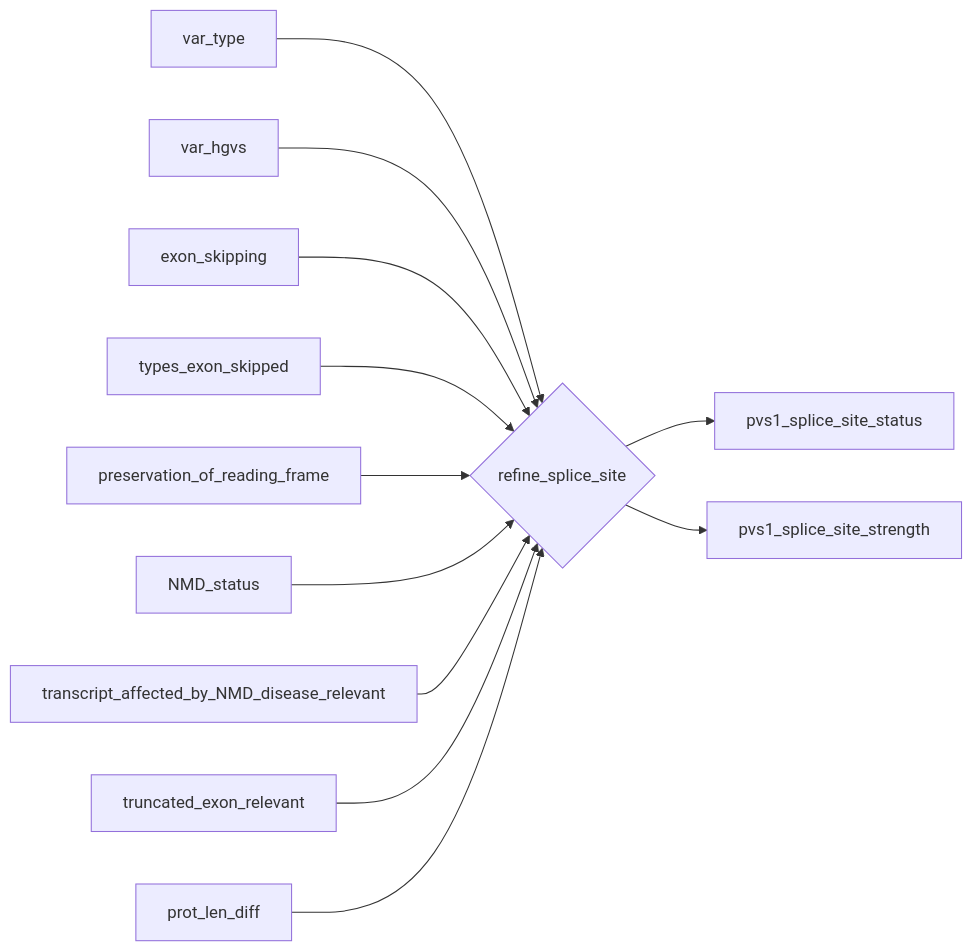
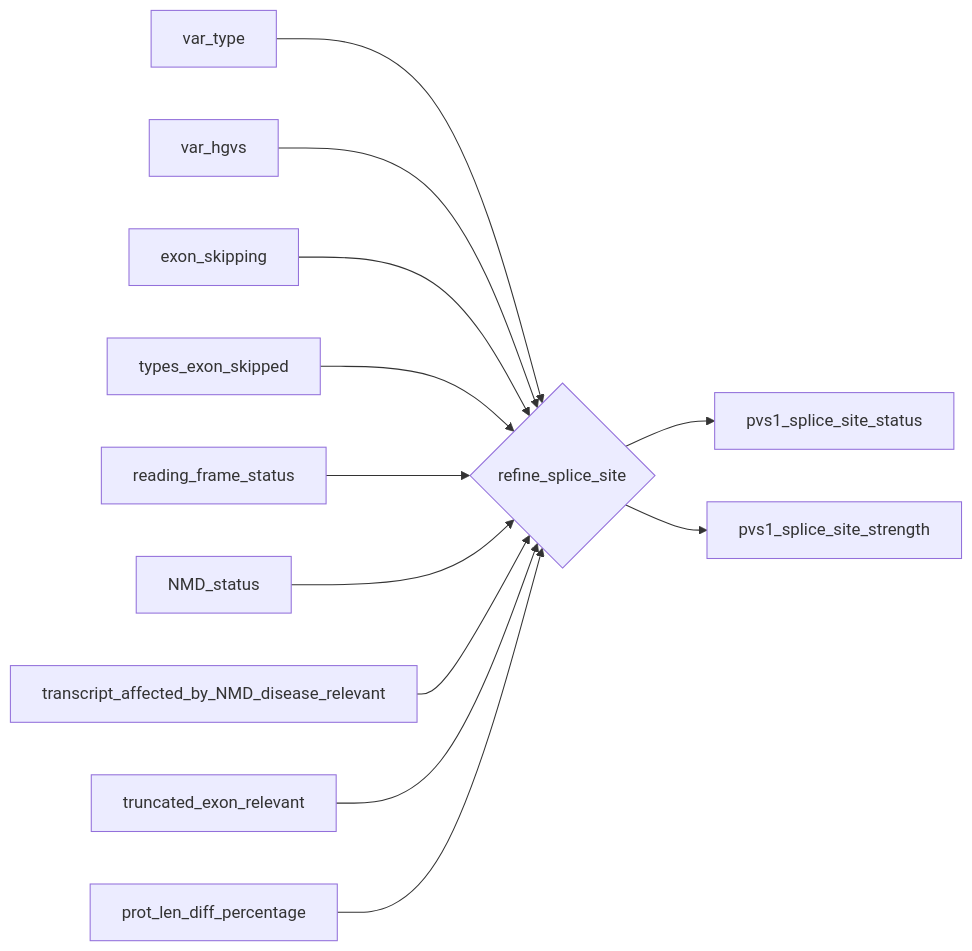
Diagram 15 of 25 in Software_design/Mermaid.org (akatzke/HerediClassify), drawn with Mermaid before and after one commit. The commit also changed other lines of this file and 28 other files, not shown here.

```diff
--- a/Software_design/Mermaid.org
+++ b/Software_design/Mermaid.org
@@ -258,14 +298,14 @@
-#+begin_src mermaid :file refine_splice_site.png
+#+begin_src mermaid :file pvs1_refine_splice_site.png
 flowchart LR
    rss --> pvs1_splice_site_status
    rss --> pvs1_splice_site_strength
    var_type --> rss{refine_splice_site}
    var_hgvs --> rss
    exon_skipping --> rss
    types_exon_skipped --> rss
-   preservation_of_reading_frame --> rss
+   reading_frame_status --> rss
    NMD_status --> rss
    transcript_affected_by_NMD_disease_relevant --> rss
    truncated_exon_relevant --> rss
-   prot_len_diff --> rss
+   prot_len_diff_percentage --> rss
 #+end_src
```
